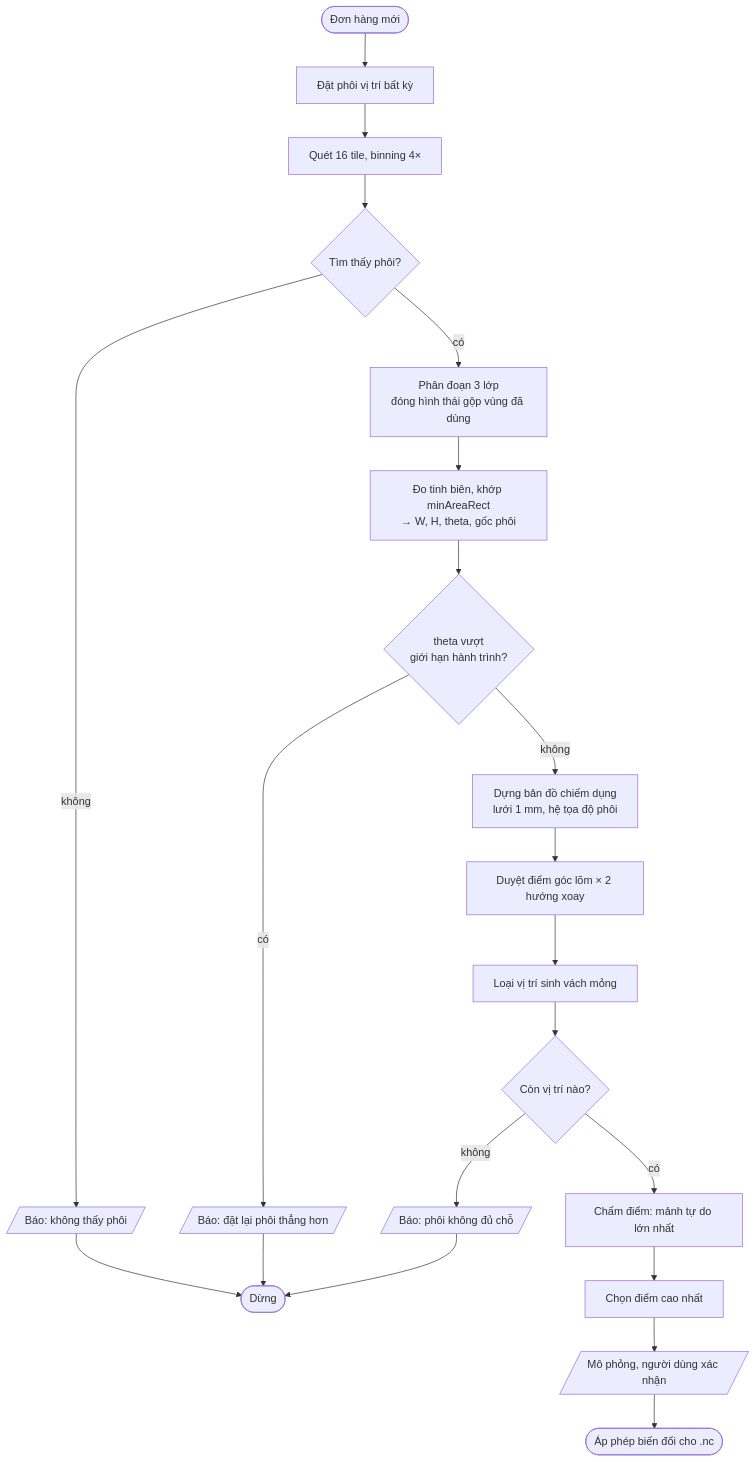
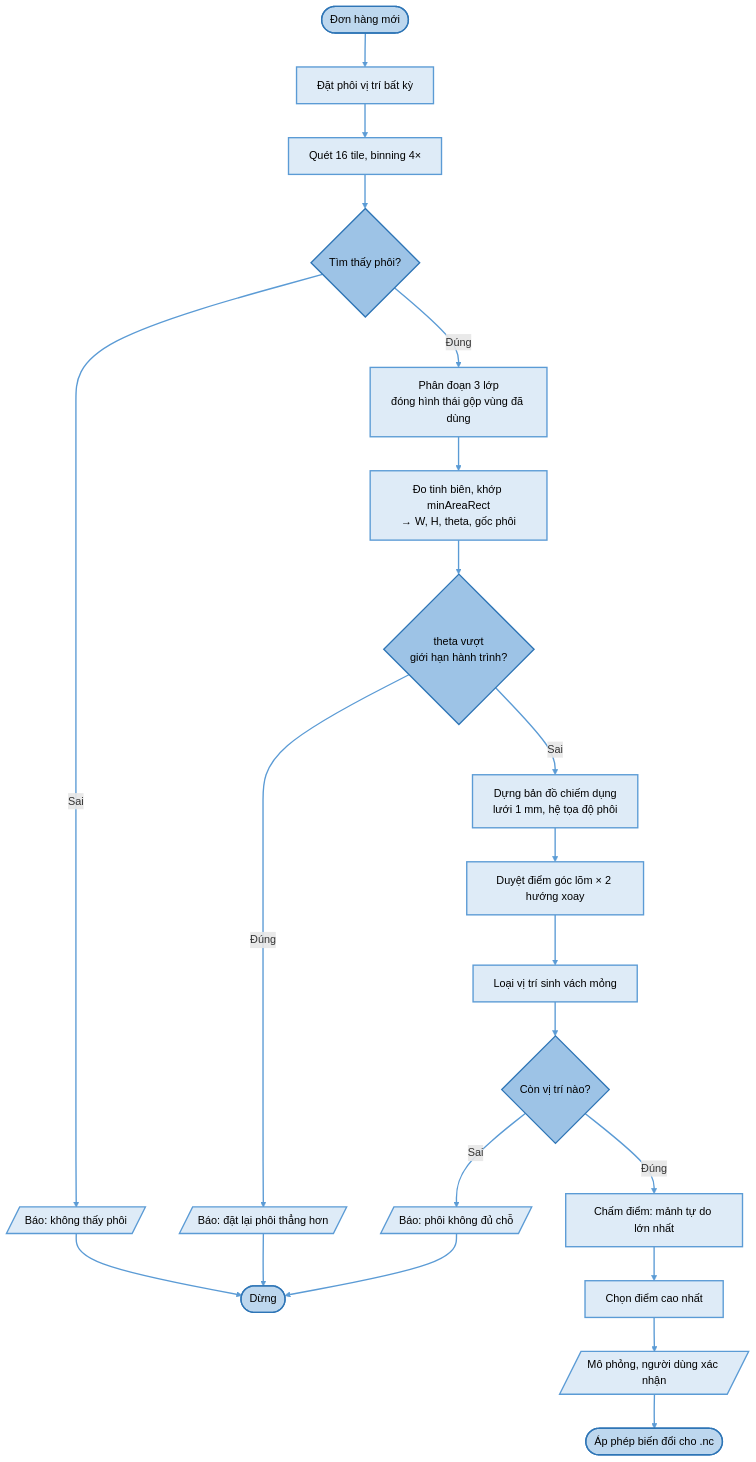
One commit to nguyentanphat1908-collab/IDE changed the ninth of 10 diagrams in docs/luu-do-giai-thuat.md. Above: the diagram before and after it, drawn with Mermaid. The commit also changed other lines of this file and 4 other files, not shown here.

````diff
--- a/docs/luu-do-giai-thuat.md
+++ b/docs/luu-do-giai-thuat.md
@@ -223,23 +283,29 @@
 ```mermaid
 flowchart TD
-    A([Đơn hàng mới]) --> B["Đặt phôi vị trí bất kỳ"]
-    B --> C["Quét 16 tile, binning 4×"]
-    C --> D{"Tìm thấy phôi?"}
-    D -- không --> E[/"Báo: không thấy phôi"/]
-    E --> Z([Dừng])
-    D -- có --> F["Phân đoạn 3 lớp<br/>đóng hình thái gộp vùng đã dùng"]
-    F --> G["Đo tinh biên, khớp minAreaRect<br/>→ W, H, theta, gốc phôi"]
-    G --> H{"theta vượt<br/>giới hạn hành trình?"}
-    H -- có --> I[/"Báo: đặt lại phôi thẳng hơn"/]
+    A([Đơn hàng mới]):::term --> B["Đặt phôi vị trí bất kỳ"]:::proc
+    B --> C["Quét 16 tile, binning 4×"]:::proc
+    C --> D{"Tìm thấy phôi?"}:::dec
+    D -- Sai --> E[/"Báo: không thấy phôi"/]:::io
+    E --> Z([Dừng]):::term
+    D -- Đúng --> F["Phân đoạn 3 lớp<br/>đóng hình thái gộp vùng đã dùng"]:::proc
+    F --> G["Đo tinh biên, khớp minAreaRect<br/>→ W, H, theta, gốc phôi"]:::proc
+    G --> H{"theta vượt<br/>giới hạn hành trình?"}:::dec
+    H -- Đúng --> I[/"Báo: đặt lại phôi thẳng hơn"/]:::io
     I --> Z
-    H -- không --> J["Dựng bản đồ chiếm dụng<br/>lưới 1 mm, hệ tọa độ phôi"]
-    J --> K["Duyệt điểm góc lõm × 2 hướng xoay"]
-    K --> L["Loại vị trí sinh vách mỏng"]
-    L --> M{"Còn vị trí nào?"}
-    M -- không --> N[/"Báo: phôi không đủ chỗ"/]
+    H -- Sai --> J["Dựng bản đồ chiếm dụng<br/>lưới 1 mm, hệ tọa độ phôi"]:::proc
+    J --> K["Duyệt điểm góc lõm × 2 hướng xoay"]:::proc
+    K --> L["Loại vị trí sinh vách mỏng"]:::proc
+    L --> M{"Còn vị trí nào?"}:::dec
+    M -- Sai --> N[/"Báo: phôi không đủ chỗ"/]:::io
     N --> Z
-    M -- có --> O["Chấm điểm: mảnh tự do lớn nhất"]
-    O --> P["Chọn điểm cao nhất"]
-    P --> Q[/"Mô phỏng, người dùng xác nhận"/]
-    Q --> R([Áp phép biến đổi cho .nc])
+    M -- Đúng --> O["Chấm điểm: mảnh tự do lớn nhất"]:::proc
+    O --> P["Chọn điểm cao nhất"]:::proc
+    P --> Q[/"Mô phỏng, người dùng xác nhận"/]:::io
+    Q --> R([Áp phép biến đổi cho .nc]):::term
+    classDef term fill:#BDD7EE,stroke:#2E75B6,stroke-width:2px,color:#000
+    classDef proc fill:#DEEBF7,stroke:#5B9BD5,stroke-width:2px,color:#000
+    classDef io   fill:#DEEBF7,stroke:#5B9BD5,stroke-width:2px,color:#000
+    classDef dec  fill:#9DC3E6,stroke:#2E75B6,stroke-width:2px,color:#000
+    classDef conn fill:#9DC3E6,stroke:#2E75B6,stroke-width:2px,color:#000
+    linkStyle default stroke:#5B9BD5,stroke-width:2px
 ```
````
